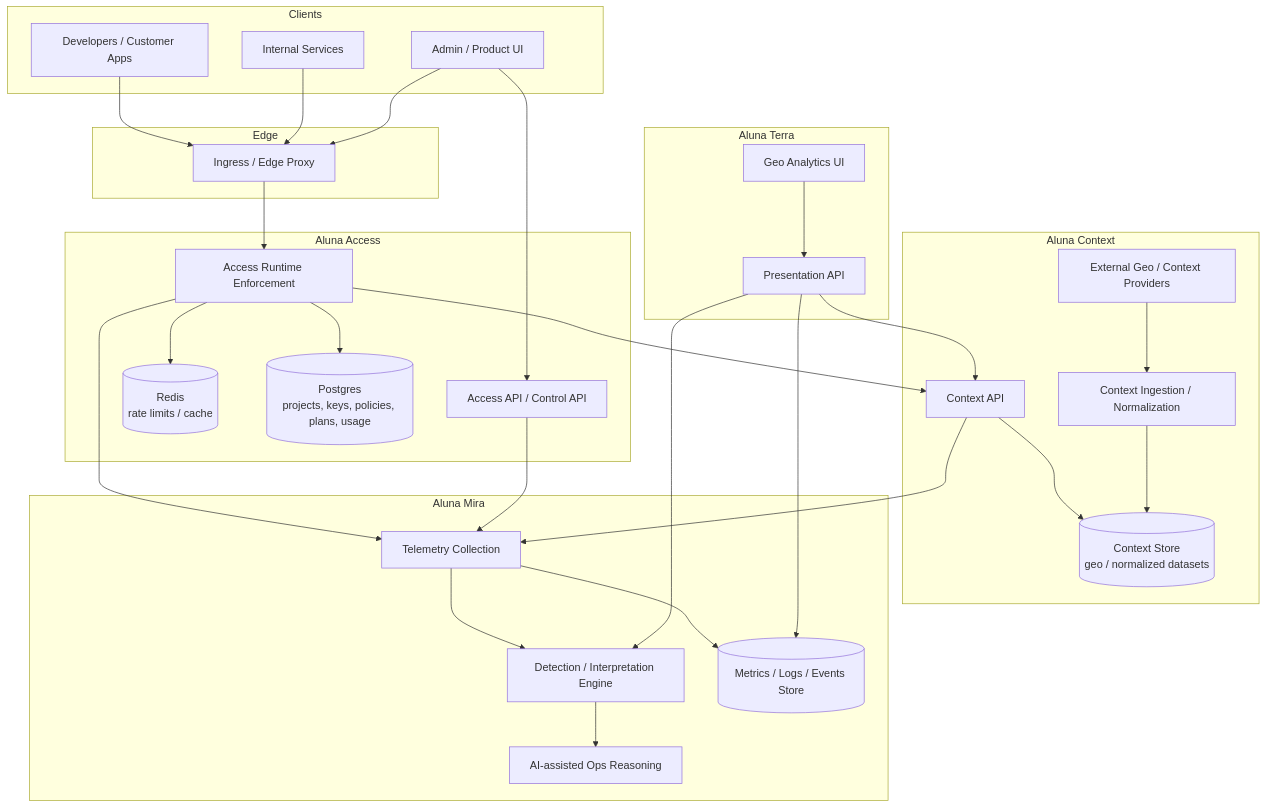
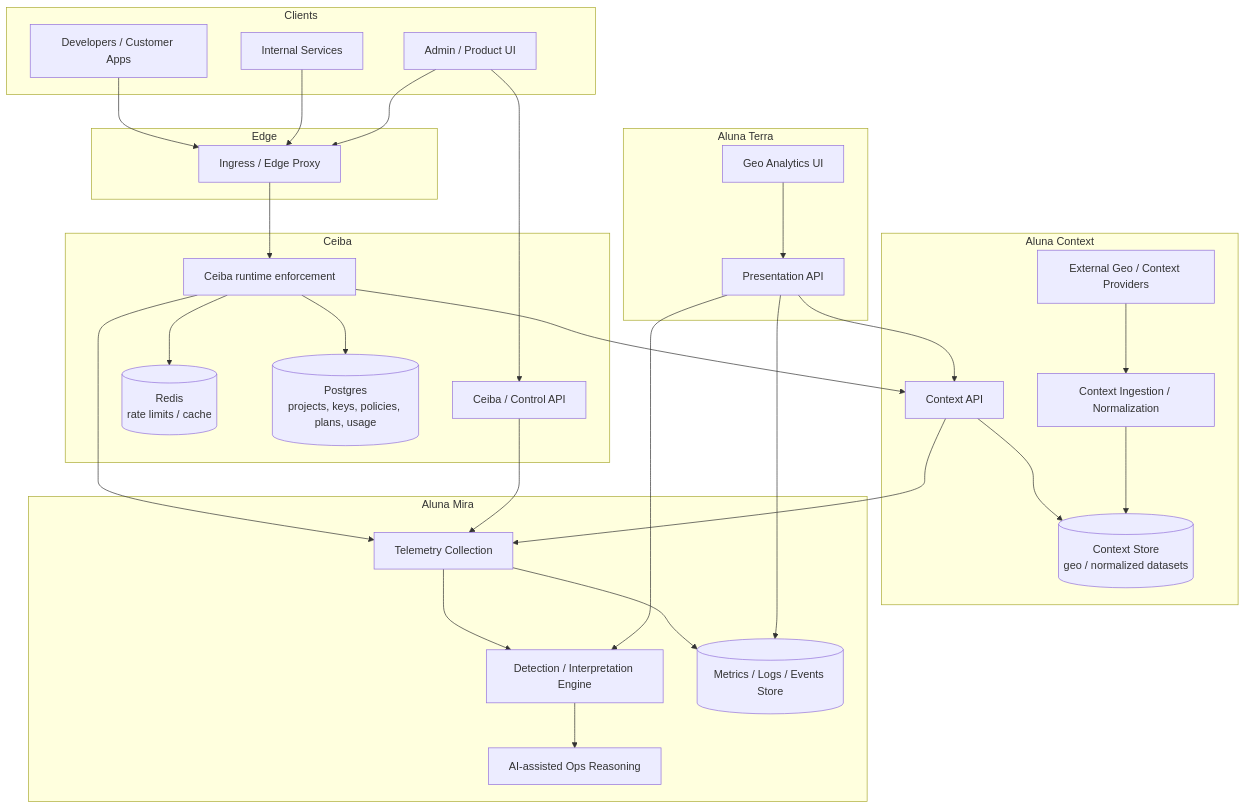
Before and after one commit to davidpal3c/mu-platform_homelab: the diagram in docs/aluna-platform/diagrams/05-runtime-infrastructure-architecture.md, drawn with Mermaid. The commit also changed 21 other files, not shown here.

````diff
--- a/docs/aluna-platform/diagrams/05-runtime-infrastructure-architecture.md
+++ b/docs/aluna-platform/diagrams/05-runtime-infrastructure-architecture.md
@@ -3,66 +3,66 @@
 ```mermaid
 flowchart TB
     subgraph Clients["Clients"]
         DEV["Developers / Customer Apps"]
         INT["Internal Services"]
         UI["Admin / Product UI"]
     end
 
     subgraph Edge["Edge"]
         LB["Ingress / Edge Proxy"]
     end
 
-    subgraph ControlPlane["Aluna Access"]
-        ACC_API["Access API / Control API"]
-        ACC_RT["Access Runtime Enforcement"]
+    subgraph ControlPlane["Ceiba"]
+        ACC_API["Ceiba / Control API"]
+        ACC_RT["Ceiba runtime enforcement"]
         ACC_REDIS[("Redis<br/>rate limits / cache")]
         ACC_DB[("Postgres<br/>projects, keys, policies, plans, usage")]
     end
 
     subgraph ContextPlane["Aluna Context"]
         CTX_API["Context API"]
         CTX_PIPE["Context Ingestion / Normalization"]
         CTX_DB[("Context Store<br/>geo / normalized datasets")]
         EXT["External Geo / Context Providers"]
     end
 
     subgraph AwarenessPlane["Aluna Mira"]
         MIRA_COL["Telemetry Collection"]
         MIRA_PROC["Detection / Interpretation Engine"]
         MIRA_AI["AI-assisted Ops Reasoning"]
         OBS[("Metrics / Logs / Events Store")]
     end
 
     subgraph SurfacePlane["Aluna Terra"]
         TERRA_UI["Geo Analytics UI"]
         TERRA_API["Presentation API"]
     end
 
     DEV --> LB
     INT --> LB
     UI --> LB
 
     LB --> ACC_RT
     UI --> ACC_API
 
     ACC_RT --> ACC_REDIS
     ACC_RT --> ACC_DB
     ACC_RT --> CTX_API
 
     CTX_API --> CTX_DB
     CTX_PIPE --> CTX_DB
     EXT --> CTX_PIPE
 
     ACC_RT --> MIRA_COL
     CTX_API --> MIRA_COL
     ACC_API --> MIRA_COL
 
     MIRA_COL --> OBS
     MIRA_COL --> MIRA_PROC
     MIRA_PROC --> MIRA_AI
 
     TERRA_UI --> TERRA_API
     TERRA_API --> CTX_API
     TERRA_API --> MIRA_PROC
     TERRA_API --> OBS
 ```
````
